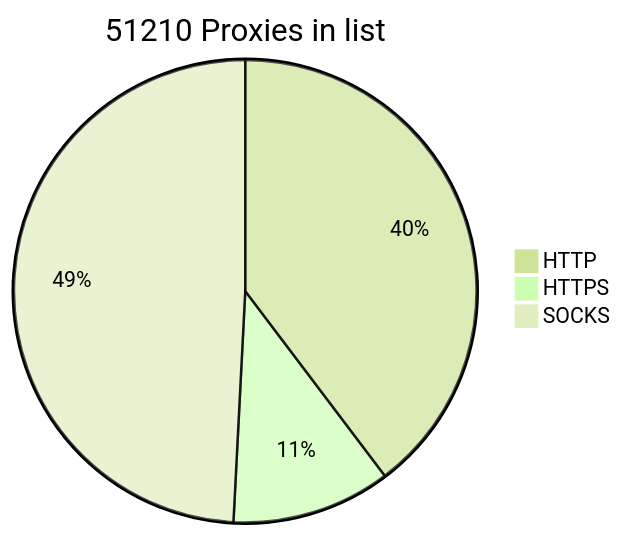
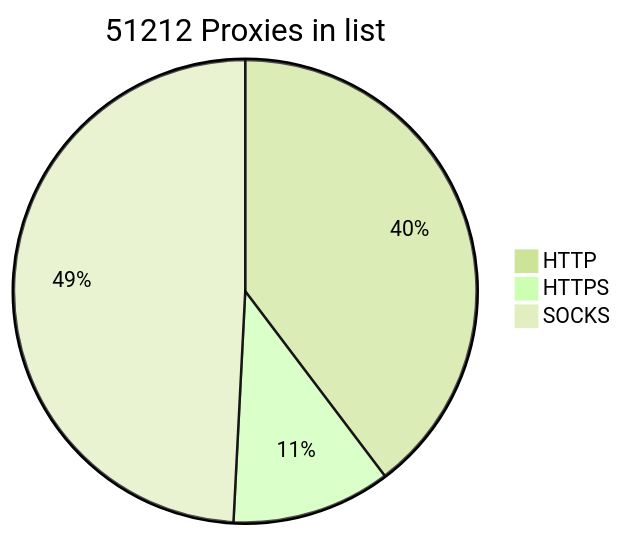
Before and after one commit to BlackSnowDot/proxylist-update-every-minute: the diagram in README.md, drawn with Mermaid (forest theme).

````diff
--- a/README.md
+++ b/README.md
@@ -2,6 +2,6 @@
 ```mermaid
-pie title 51210 Proxies in list
+pie title 51212 Proxies in list
     "HTTP" : 22560
     "HTTPS": 6317
-    "SOCKS" : 27953
+    "SOCKS" : 27955
 ```
````
